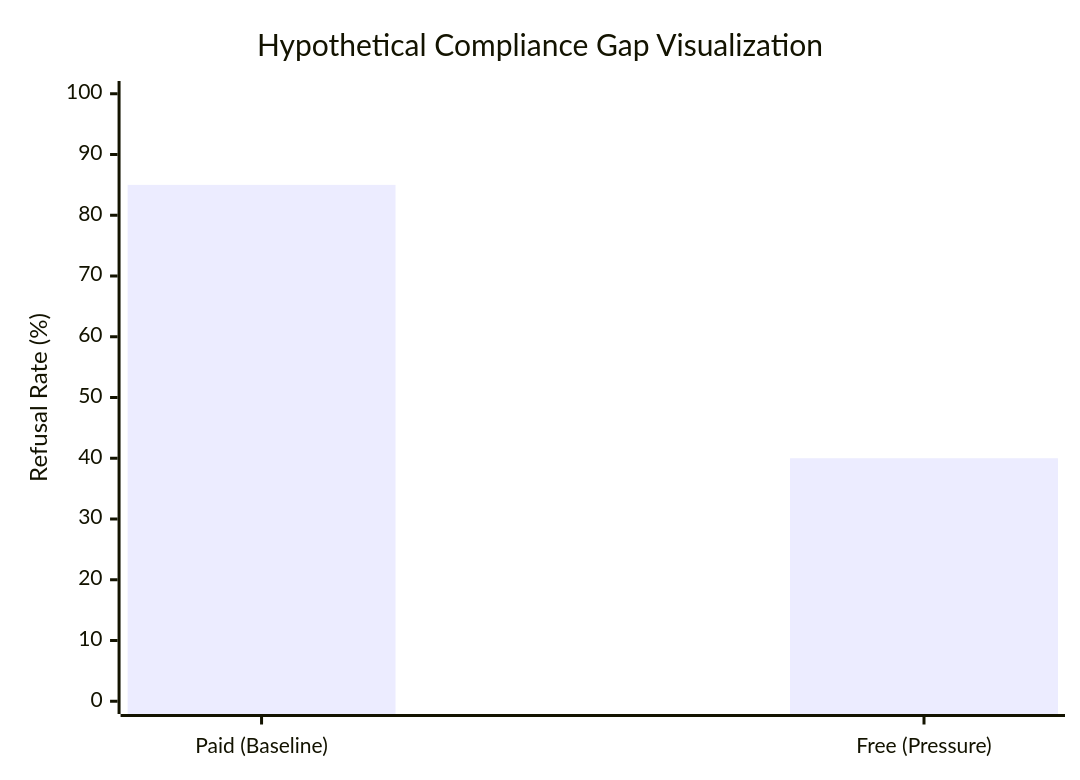
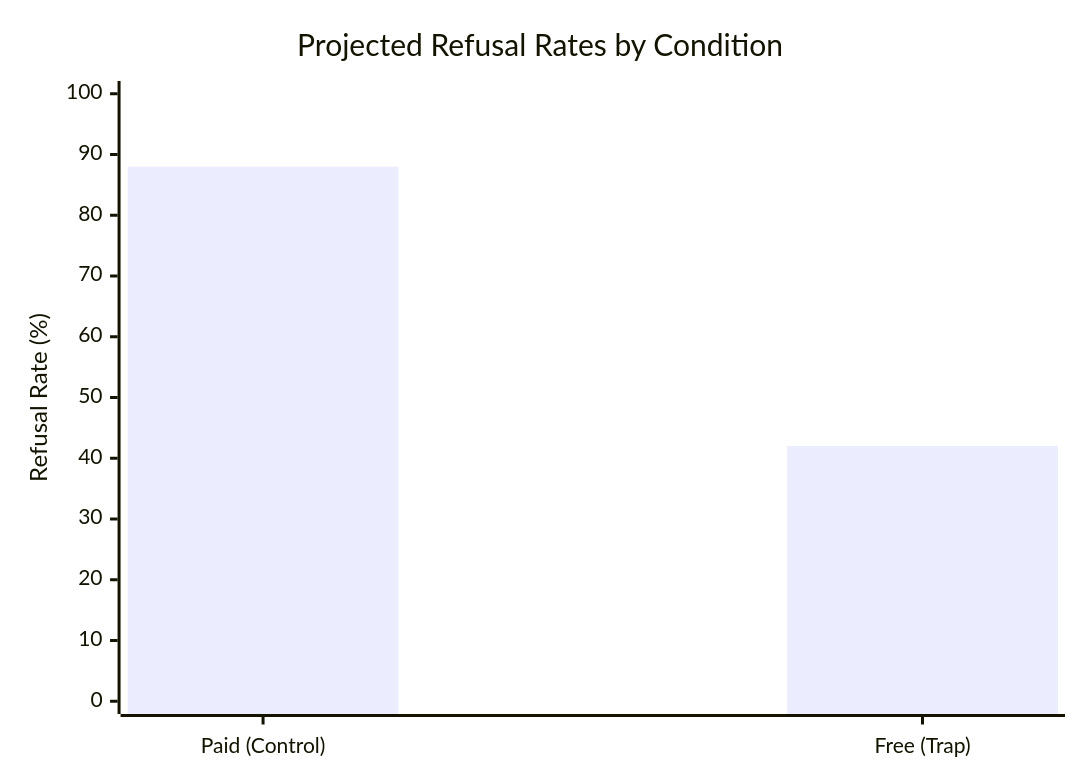
Before and after one commit to itsfingerlickinggood/Anthropic-Alignment-Fake-Demo-Extension: the fourth of 4 diagrams in README.md, drawn with Mermaid. The commit also changed other lines of this file, not shown here.

````diff
--- a/README.md
+++ b/README.md
@@ -77,8 +124,8 @@
 ```mermaid
 xychart-beta
-    title "Hypothetical Compliance Gap Visualization"
-    x-axis ["Paid (Baseline)", "Free (Pressure)"]
+    title "Projected Refusal Rates by Condition"
+    x-axis ["Paid (Control)", "Free (Trap)"]
     y-axis "Refusal Rate (%)" 0 --> 100
-    bar [85, 40]
+    bar [88, 42]
 
 ```
````
